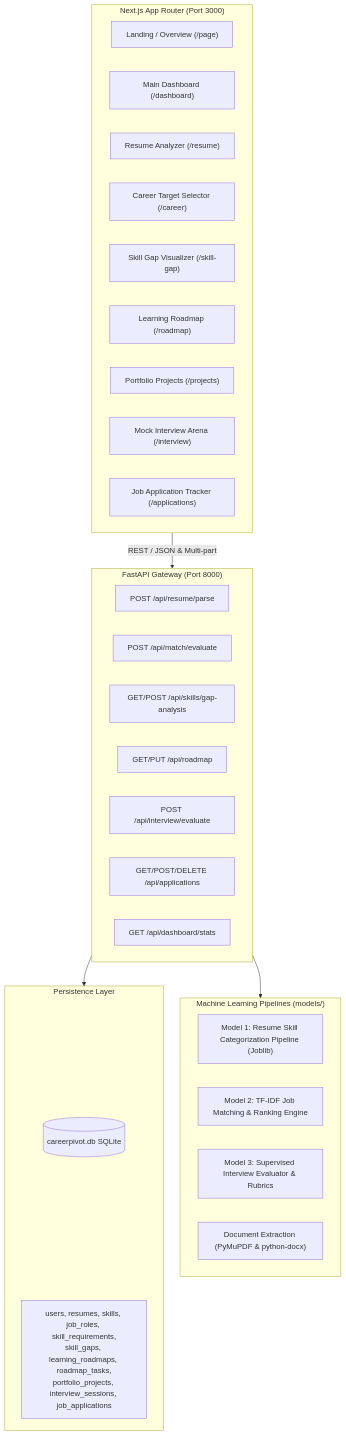
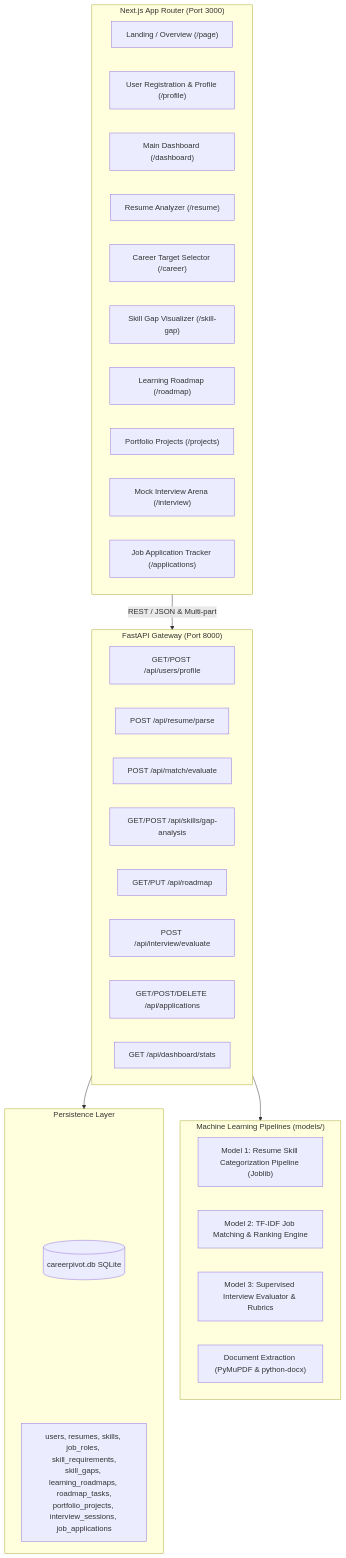
The diagram in docs/architecture.md (shubham5177/CareerPivot), drawn with Mermaid before and after one commit. The commit also changed other lines of this file and 9 other files, not shown here.

Commit message:
feat: complete 10-step user journey, user profile registration, and end-to-end workflow integration

````diff
--- a/docs/architecture.md
+++ b/docs/architecture.md
@@ -7,41 +7,43 @@
 ```mermaid
 flowchart TD
     subgraph Client["Next.js App Router (Port 3000)"]
         UI_Home["Landing / Overview (/page)"]
+        UI_Profile["User Registration & Profile (/profile)"]
         UI_Dash["Main Dashboard (/dashboard)"]
         UI_Resume["Resume Analyzer (/resume)"]
         UI_Career["Career Target Selector (/career)"]
         UI_Gap["Skill Gap Visualizer (/skill-gap)"]
         UI_Roadmap["Learning Roadmap (/roadmap)"]
         UI_Projects["Portfolio Projects (/projects)"]
         UI_Interview["Mock Interview Arena (/interview)"]
         UI_Apps["Job Application Tracker (/applications)"]
     end
 
     subgraph API_Gateway["FastAPI Gateway (Port 8000)"]
+        EP_Profile["GET/POST /api/users/profile"]
         EP_Resume["POST /api/resume/parse"]
         EP_Match["POST /api/match/evaluate"]
         EP_Gap["GET/POST /api/skills/gap-analysis"]
         EP_Roadmap["GET/PUT /api/roadmap"]
         EP_Interview["POST /api/interview/evaluate"]
         EP_Applications["GET/POST/DELETE /api/applications"]
         EP_Dashboard["GET /api/dashboard/stats"]
     end
 
     subgraph ML_Engine["Machine Learning Pipelines (models/)"]
         M1["Model 1: Resume Skill Categorization Pipeline (Joblib)"]
         M2["Model 2: TF-IDF Job Matching & Ranking Engine"]
         M3["Model 3: Supervised Interview Evaluator & Rubrics"]
         Parser["Document Extraction (PyMuPDF & python-docx)"]
     end
 
     subgraph Storage["Persistence Layer"]
         DB[(careerpivot.db SQLite)]
         Tables["users, resumes, skills, job_roles, skill_requirements,\nskill_gaps, learning_roadmaps, roadmap_tasks,\nportfolio_projects, interview_sessions, job_applications"]
     end
 
     Client -->|REST / JSON & Multi-part| API_Gateway
     API_Gateway --> ML_Engine
     API_Gateway --> Storage
     Storage --- Tables
 ```
````
